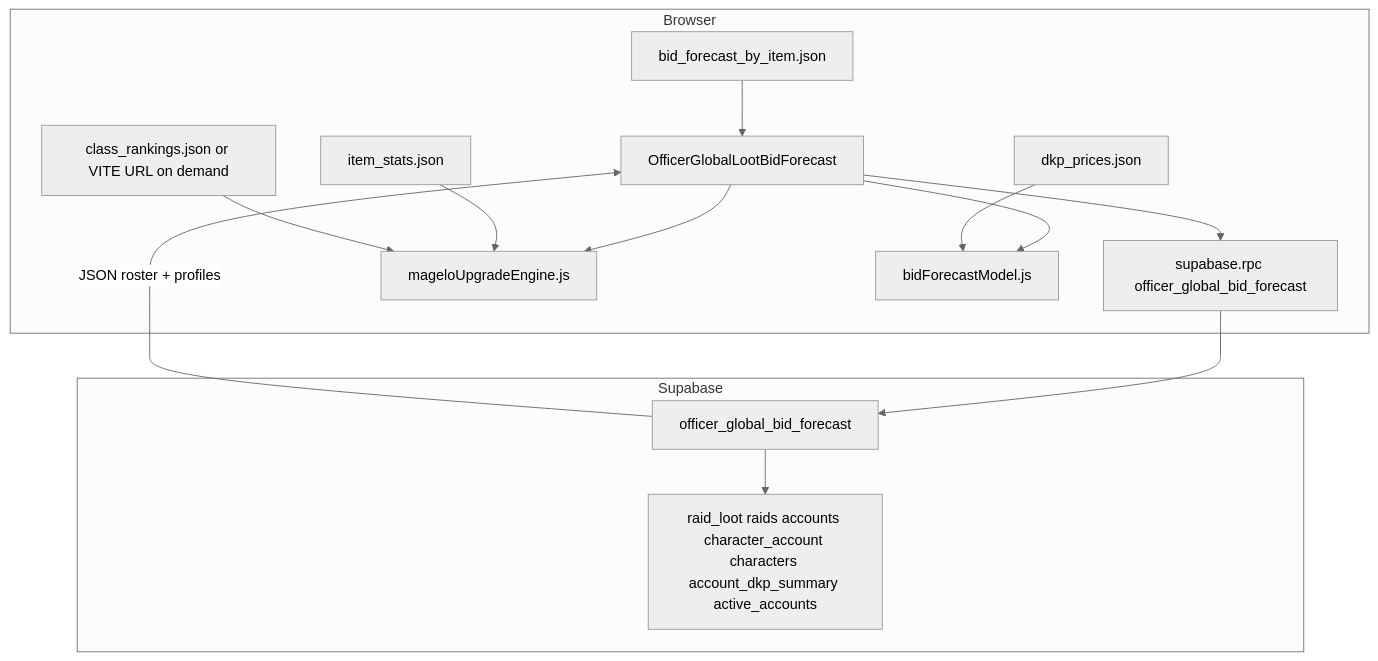
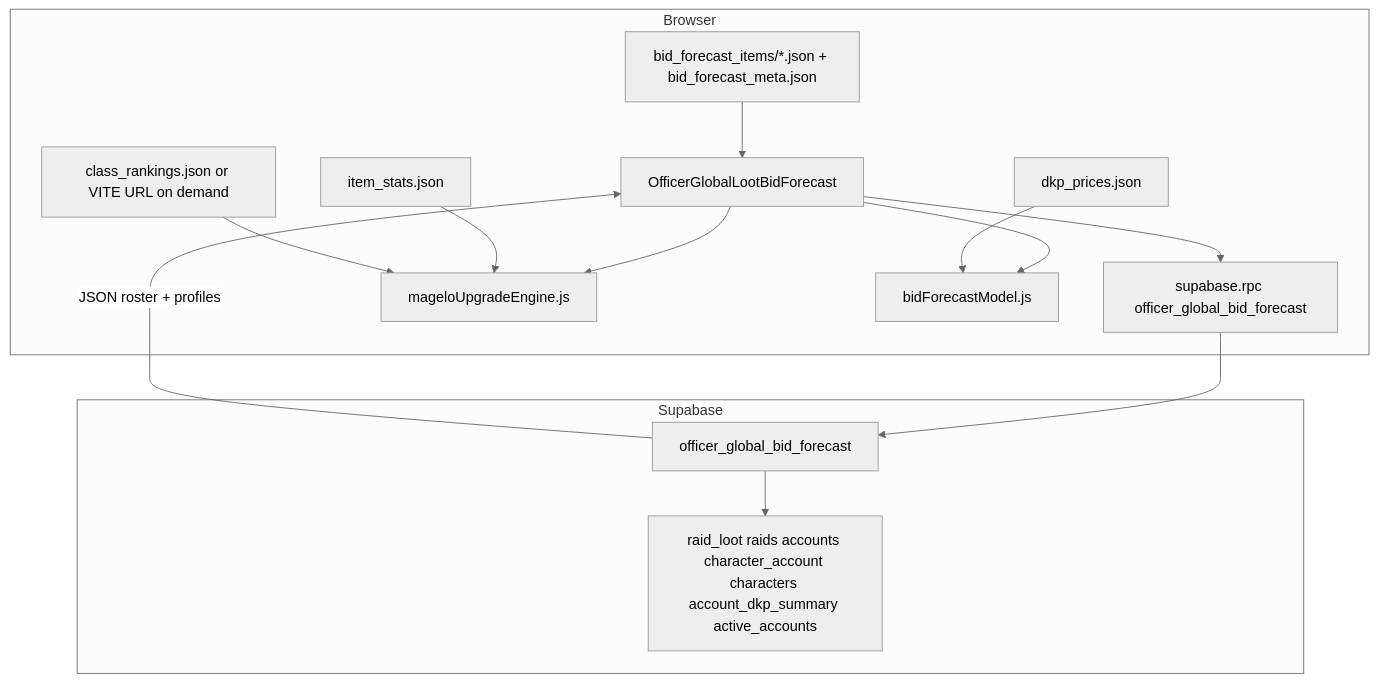
Before and after one commit to Ammordius/NAGD-DKP: the diagram in docs/HANDOFF_GLOBAL_ITEM_BID_FORECAST.md, drawn with Mermaid (neutral theme). The commit also changed other lines of this file and 6 other files, not shown here.

First line of the commit message:
fix(bid-forecast): account pool DKP in headline, shard HTML detection, RPC display_name

````diff
--- a/docs/HANDOFF_GLOBAL_ITEM_BID_FORECAST.md
+++ b/docs/HANDOFF_GLOBAL_ITEM_BID_FORECAST.md
@@ -21,27 +21,27 @@
 ```mermaid
 flowchart TB
   subgraph browser [Browser]
     UI[OfficerGlobalLootBidForecast]
     RPCcall[supabase.rpc officer_global_bid_forecast]
     Eng[mageloUpgradeEngine.js]
     Model[bidForecastModel.js]
     stats[item_stats.json]
     prices[dkp_prices.json]
-    pre[bid_forecast_by_item.json]
+    pre[bid_forecast_items/*.json + bid_forecast_meta.json]
     rank[class_rankings.json or VITE URL on demand]
   end
   subgraph supabase [Supabase]
     Fn[officer_global_bid_forecast]
     Tables[raid_loot raids accounts character_account characters account_dkp_summary active_accounts]
   end
   UI --> RPCcall
   RPCcall --> Fn
   Fn --> Tables
   UI --> Eng
   UI --> Model
   stats --> Eng
   pre --> UI
   rank --> Eng
   prices --> Model
   Fn -->|JSON roster + profiles| UI
 ```
````
